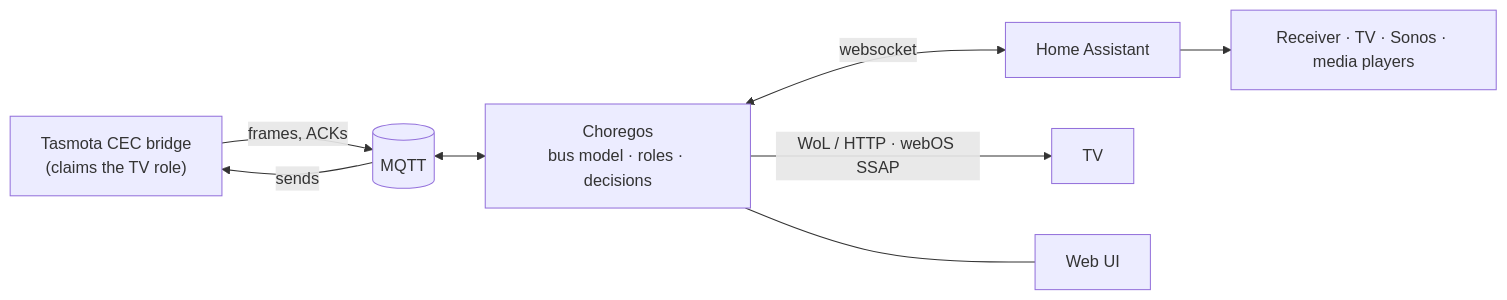
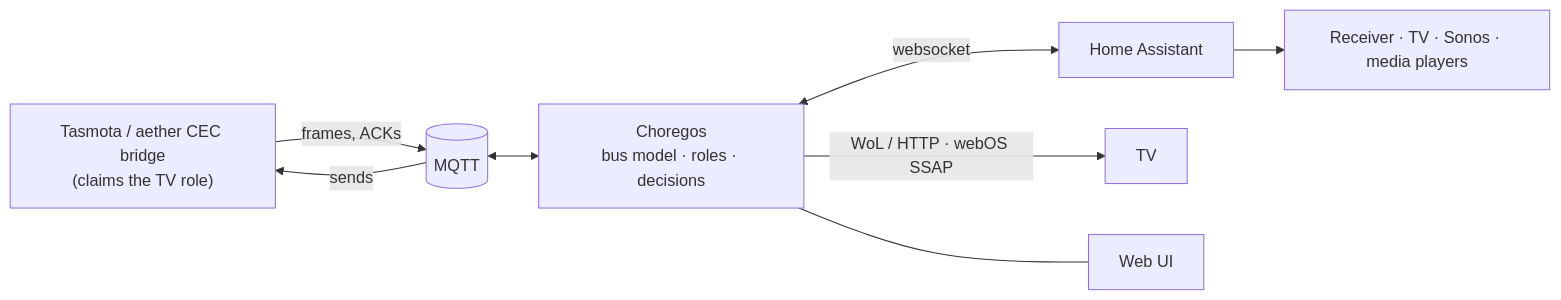
Before and after one commit to yasen-pavlov/choregos: the diagram in README.md, drawn with Mermaid. The commit also changed other lines of this file and 25 other files, not shown here.

````diff
--- a/README.md
+++ b/README.md
@@ -53,10 +53,10 @@
 ```mermaid
 flowchart LR
-    bridge["Tasmota CEC bridge<br/>(claims the TV role)"] -- "frames, ACKs" --> mqtt[(MQTT)]
+    bridge["Tasmota / aether CEC bridge<br/>(claims the TV role)"] -- "frames, ACKs" --> mqtt[(MQTT)]
     mqtt -- "sends" --> bridge
     mqtt <--> choregos["Choregos<br/>bus model · roles · decisions"]
     choregos <-- "websocket" --> ha["Home Assistant"]
     ha --> devices["Receiver · TV · Sonos · media players"]
     choregos -- "WoL / HTTP · webOS SSAP" --> tv["TV"]
     choregos --- web["Web UI"]
 ```
````
